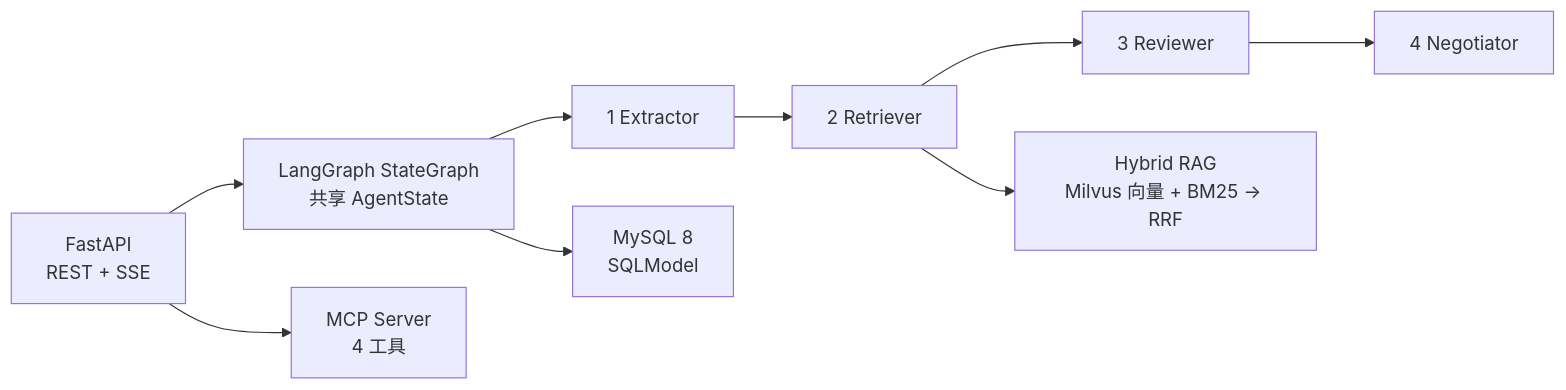
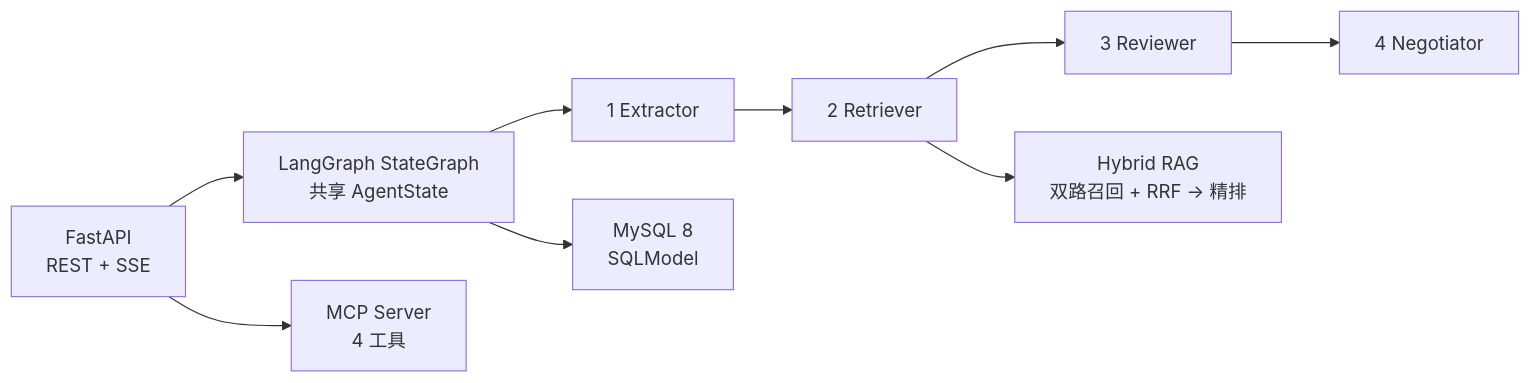
The diagram in backend/README.md (SFANBLOG/lumos), drawn with Mermaid before and after one commit. The commit also changed other lines of this file and 5 other files, not shown here.

````diff
--- a/backend/README.md
+++ b/backend/README.md
@@ -8,8 +8,8 @@
 ```mermaid
 flowchart LR
     API["FastAPI<br/>REST + SSE"] --> G["LangGraph StateGraph<br/>共享 AgentState"]
     G --> N1["1 Extractor"] --> N2["2 Retriever"] --> N3["3 Reviewer"] --> N4["4 Negotiator"]
-    N2 --> RAG["Hybrid RAG<br/>Milvus 向量 + BM25 → RRF"]
+    N2 --> RAG["Hybrid RAG<br/>双路召回 + RRF → 精排"]
     G --> DB["MySQL 8<br/>SQLModel"]
     API --> MCP["MCP Server<br/>4 工具"]
 ```
````
